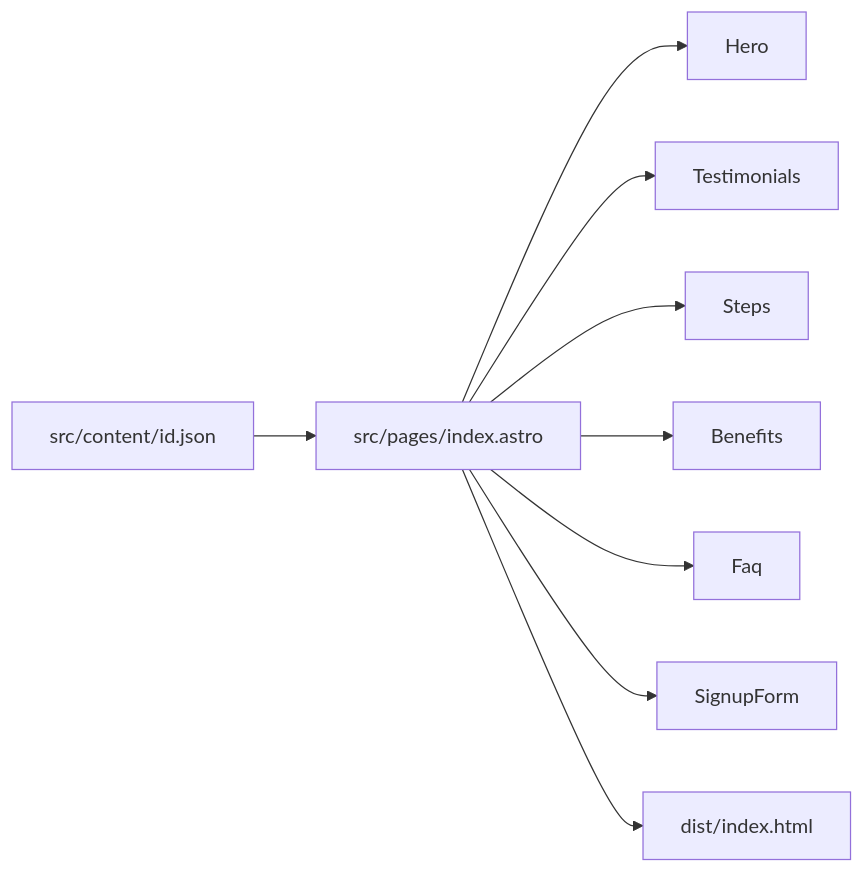
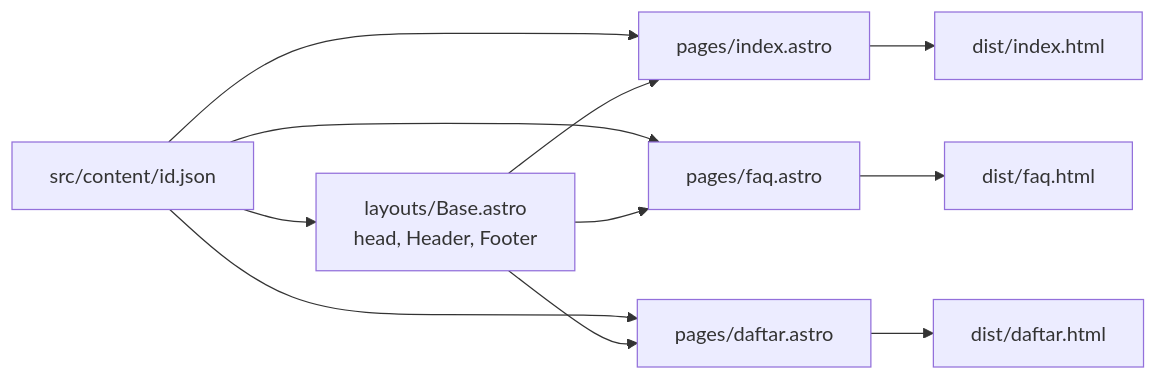
The second of 3 diagrams in docs/ARCHITECTURE.md (ryanrizki/hostinger-copy), drawn with Mermaid before and after one commit. The commit also changed other lines of this file and 9 other files, not shown here.

````diff
--- a/docs/ARCHITECTURE.md
+++ b/docs/ARCHITECTURE.md
@@ -22,6 +22,9 @@
 ```mermaid
 flowchart LR
-  J[src/content/id.json] --> P[src/pages/index.astro]
-  P --> C1[Hero] & C2[Testimonials] & C3[Steps] & C4[Benefits] & C5[Faq] & C6[SignupForm]
-  P --> H[dist/index.html]
+  J[src/content/id.json] --> B[layouts/Base.astro<br/>head, Header, Footer]
+  J --> I[pages/index.astro] & F[pages/faq.astro] & D[pages/daftar.astro]
+  B --> I & F & D
+  I --> H[dist/index.html] 
+  F --> H2[dist/faq.html]
+  D --> H3[dist/daftar.html]
 ```
````
